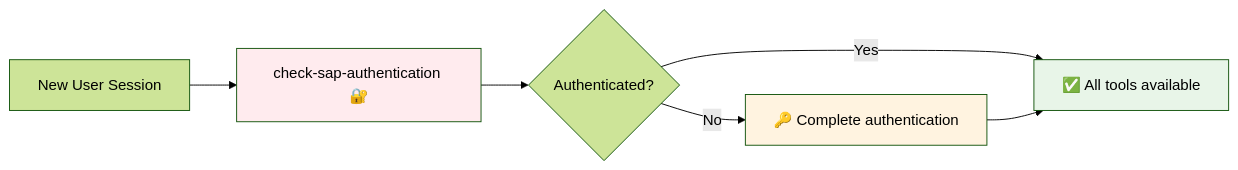
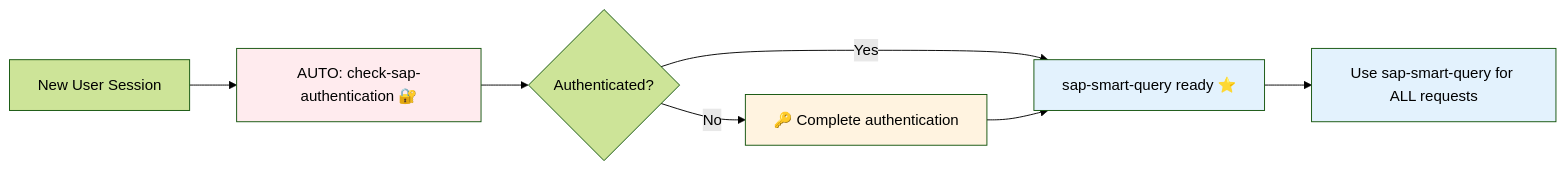
The first of 10 diagrams in config/workflow-guide.md (Raistlin82/btp-sap-odata-to-mcp-server-optimized), drawn with Mermaid (forest theme) before and after one commit. The commit also changed other lines of this file and 22 other files, not shown here.

````diff
--- a/config/workflow-guide.md
+++ b/config/workflow-guide.md
@@ -42,12 +67,14 @@
 ```mermaid
 graph LR
-    A[New User Session] --> B[check-sap-authentication 🔐]
+    A[New User Session] --> B[AUTO: check-sap-authentication 🔐]
     B --> C{Authenticated?}
-    C -->|Yes| D[✅ All tools available]
+    C -->|Yes| D[sap-smart-query ready ⭐]
     C -->|No| E[🔑 Complete authentication]
     E --> D
+    D --> F[Use sap-smart-query for ALL requests]
     
     style B fill:#ffebee
-    style D fill:#e8f5e8
+    style D fill:#e3f2fd
     style E fill:#fff3e0
+    style F fill:#e3f2fd
 ```
````
